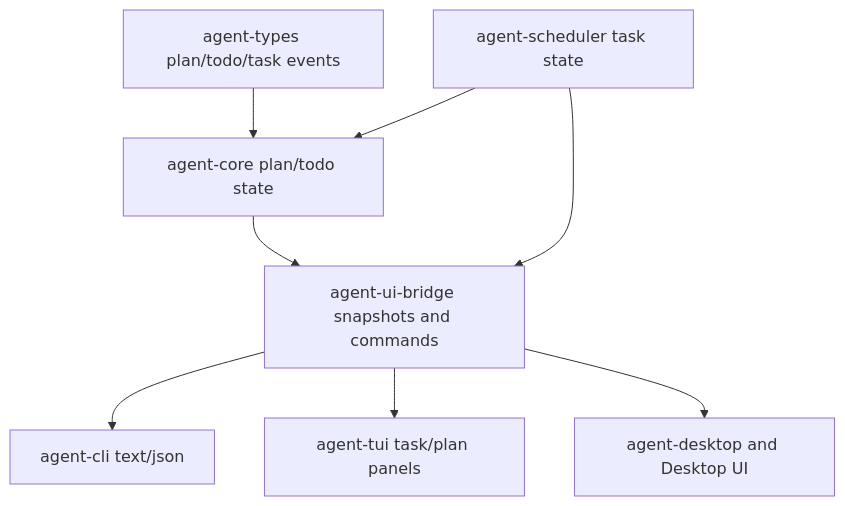
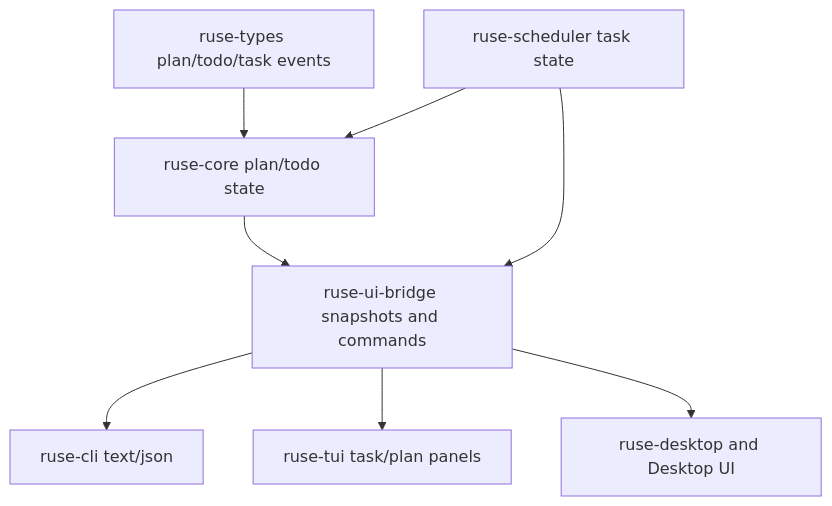
The diagram in docs/specs/M61-plan-todo-task-ux.spec.md (poneding/agent), drawn with Mermaid before and after one commit. The commit also changed other lines of this file and 2091 other files, not shown here.

First line of the commit message:
refactor: rename agent branding to ruse

````diff
--- a/docs/specs/M61-plan-todo-task-ux.spec.md
+++ b/docs/specs/M61-plan-todo-task-ux.spec.md
@@ -37,10 +37,10 @@
 ```mermaid
 flowchart TD
-  Types["agent-types plan/todo/task events"] --> Core["agent-core plan/todo state"]
-  Scheduler["agent-scheduler task state"] --> Core
-  Core --> Bridge["agent-ui-bridge snapshots and commands"]
+  Types["ruse-types plan/todo/task events"] --> Core["ruse-core plan/todo state"]
+  Scheduler["ruse-scheduler task state"] --> Core
+  Core --> Bridge["ruse-ui-bridge snapshots and commands"]
   Scheduler --> Bridge
-  Bridge --> CLI["agent-cli text/json"]
-  Bridge --> TUI["agent-tui task/plan panels"]
-  Bridge --> Desktop["agent-desktop and Desktop UI"]
+  Bridge --> CLI["ruse-cli text/json"]
+  Bridge --> TUI["ruse-tui task/plan panels"]
+  Bridge --> Desktop["ruse-desktop and Desktop UI"]
 ```
````
